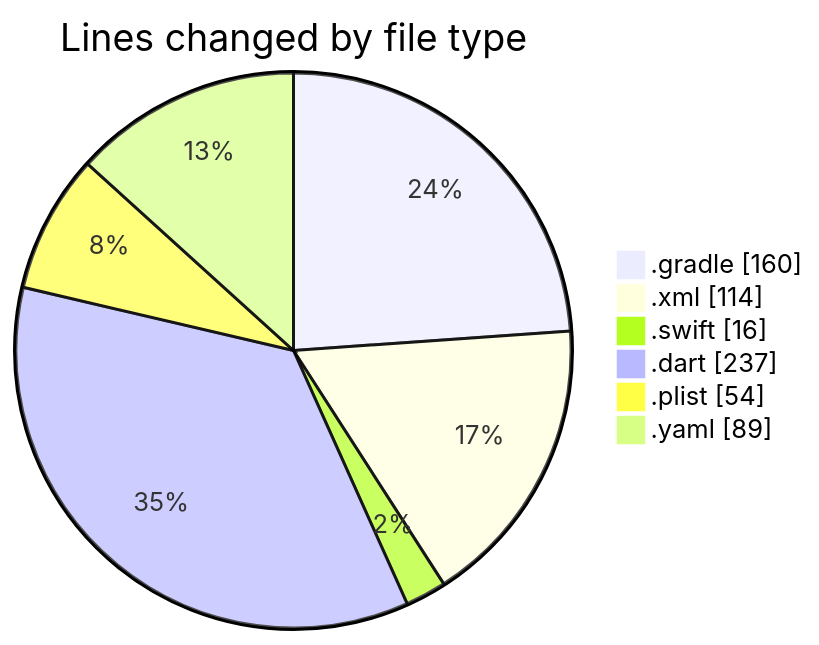
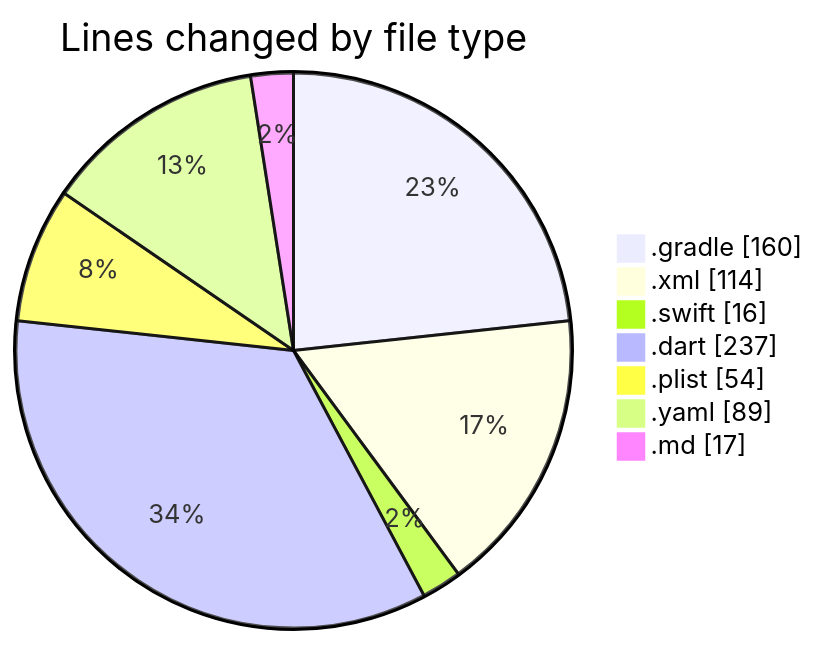
Before and after one commit to donsfak/code-tracking: the first of 2 diagrams in 2025-01-01/uber_clone/README.md, drawn with Mermaid. The commit also changed other lines of this file and 1 other file, not shown here.

````diff
--- a/2025-01-01/uber_clone/README.md
+++ b/2025-01-01/uber_clone/README.md
@@ -28,10 +29,11 @@
 ```mermaid
 pie showData
 title Lines changed by file type
 ".gradle" : 160
 ".xml" : 114
 ".swift" : 16
 ".dart" : 237
 ".plist" : 54
 ".yaml" : 89
+".md" : 17
 ```
````
